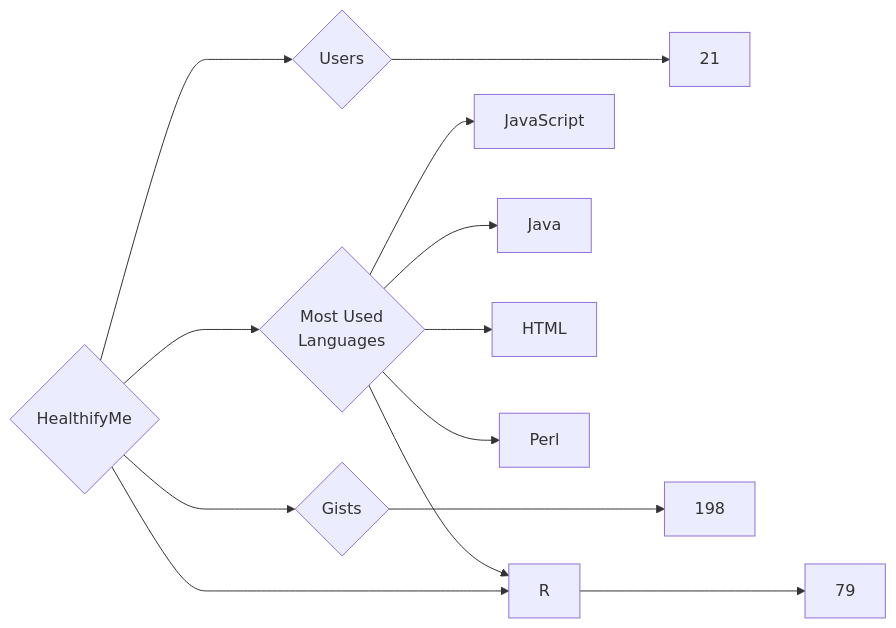
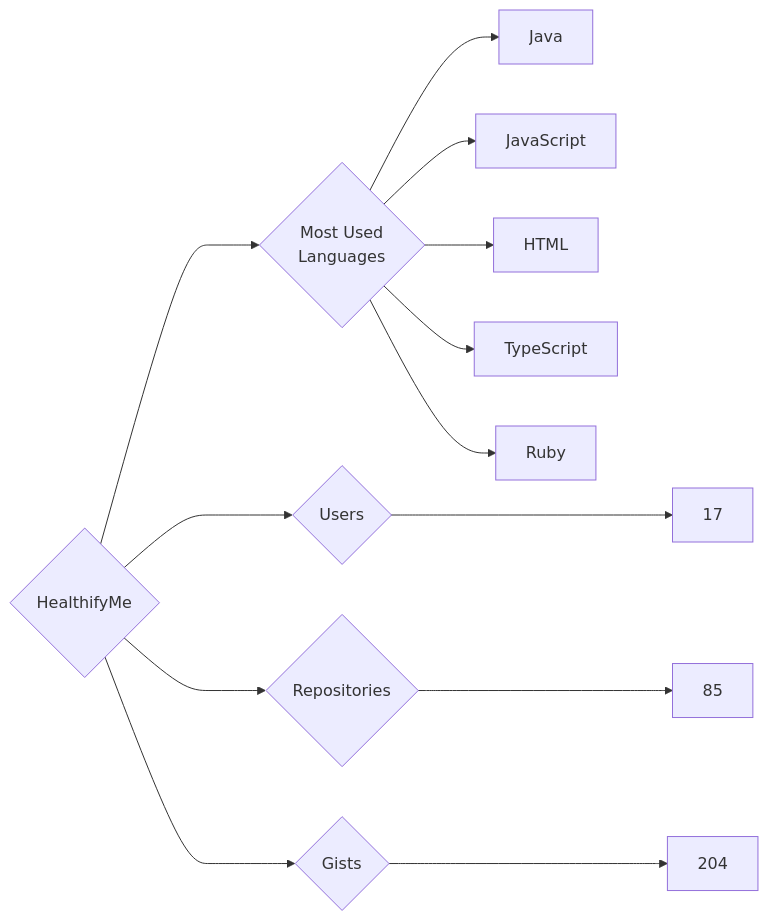
Before and after one commit to trickest/insiders: the diagram in targets/HealthifyMe/README.md, drawn with Mermaid. The commit also changed 657 other files, not shown here.

````diff
--- a/targets/HealthifyMe/README.md
+++ b/targets/HealthifyMe/README.md
@@ -3,13 +3,13 @@
 ```mermaid
 graph LR
 COMPANY_NAME{HealthifyMe}
-COMPANY_NAME ---> U{Users} ---> UN[21]
-COMPANY_NAME ---> R{Repositories} ---> RN[79]
-COMPANY_NAME ---> G{Gists} ---> GN[198]
+COMPANY_NAME ---> U{Users} ---> UN[17]
+COMPANY_NAME ---> R{Repositories} ---> RN[85]
+COMPANY_NAME ---> G{Gists} ---> GN[204]
 COMPANY_NAME ---> ML{Most Used<br>Languages}
+ML --> Java[Java]
 ML --> JavaScript[JavaScript]
-ML --> Java[Java]
 ML --> HTML[HTML]
-ML --> Perl[Perl]
-ML --> R[R]
+ML --> TypeScript[TypeScript]
+ML --> Ruby[Ruby]
 ```
````
